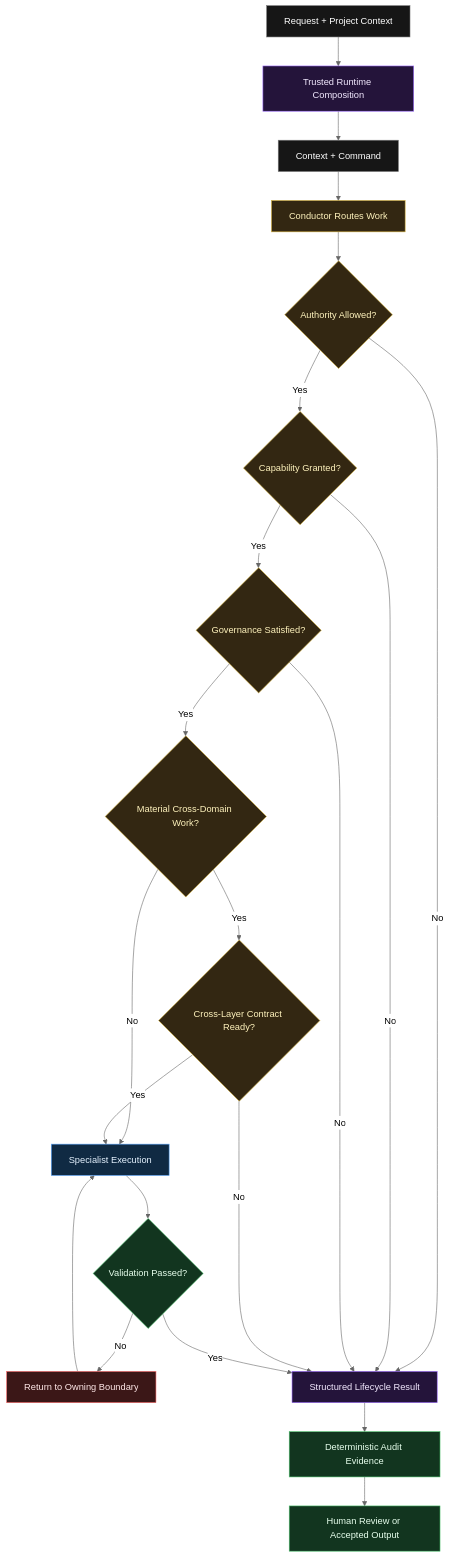
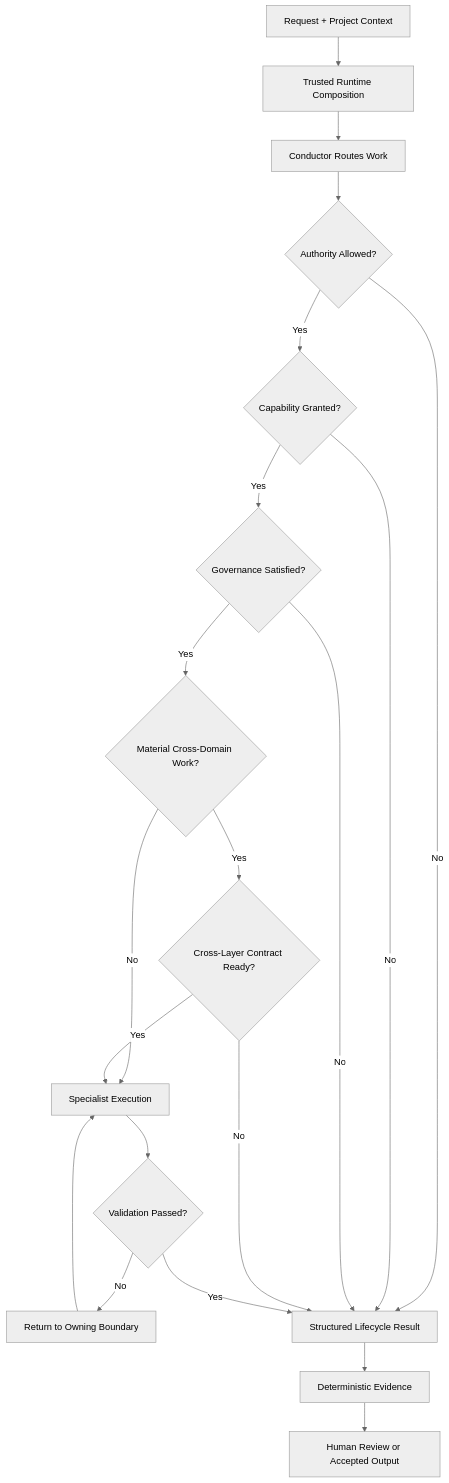
Before and after one commit to Baelfyre/Orchestra: the diagram in README.md, drawn with Mermaid (neutral theme). The commit also changed other lines of this file, not shown here.

```diff
--- a/README.md
+++ b/README.md
@@ -43,46 +47,32 @@
 ~~~mermaid
 flowchart TD
     Request["Request + Project Context"]
     Compose["Trusted Runtime Composition"]
-    Context["Context + Command"]
     Route["Conductor Routes Work"]
     Authority{"Authority Allowed?"}
     Capability{"Capability Granted?"}
     Governance{"Governance Satisfied?"}
     Multi{"Material Cross-Domain Work?"}
     Tuner{"Cross-Layer Contract Ready?"}
     Specialist["Specialist Execution"]
     Validate{"Validation Passed?"}
     Revise["Return to Owning Boundary"]
     Lifecycle["Structured Lifecycle Result"]
-    Audit["Deterministic Audit Evidence"]
+    Evidence["Deterministic Evidence"]
     Review["Human Review or Accepted Output"]
 
-    Request --> Compose --> Context --> Route --> Authority
+    Request --> Compose --> Route --> Authority
     Authority -- No --> Lifecycle
     Authority -- Yes --> Capability
     Capability -- No --> Lifecycle
     Capability -- Yes --> Governance
     Governance -- No --> Lifecycle
     Governance -- Yes --> Multi
     Multi -- No --> Specialist
     Multi -- Yes --> Tuner
     Tuner -- No --> Lifecycle
     Tuner -- Yes --> Specialist
     Specialist --> Validate
     Validate -- No --> Revise --> Specialist
-    Validate -- Yes --> Lifecycle --> Audit --> Review
-
-    classDef input fill:#161616,stroke:#777,color:#fff
-    classDef runtime fill:#24143a,stroke:#9d6cff,color:#f3eaff
-    classDef coord fill:#332712,stroke:#d4af37,color:#fff3bd
-    classDef work fill:#102a43,stroke:#58a6ff,color:#e5f2ff
-    classDef pass fill:#12351f,stroke:#4ac26b,color:#e7ffed
-    classDef stop fill:#3b1717,stroke:#ff6b6b,color:#ffe8e8
-    class Request,Context input
-    class Compose,Lifecycle runtime
-    class Route,Authority,Capability,Governance,Multi,Tuner coord
-    class Specialist work
-    class Validate,Audit,Review pass
-    class Revise stop
+    Validate -- Yes --> Lifecycle --> Evidence --> Review
 ~~~
```
